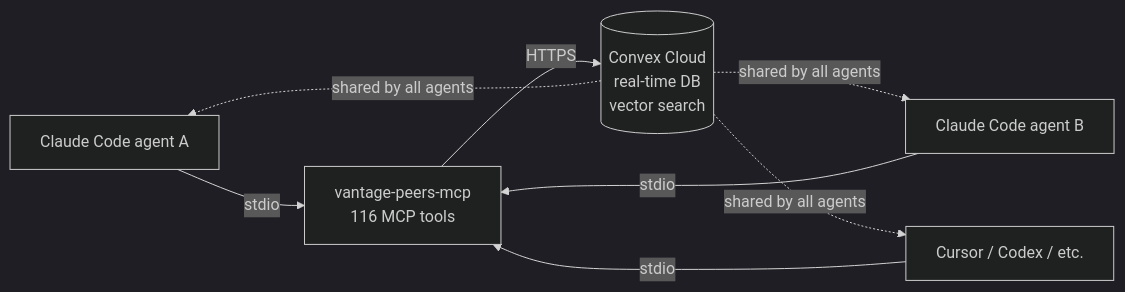
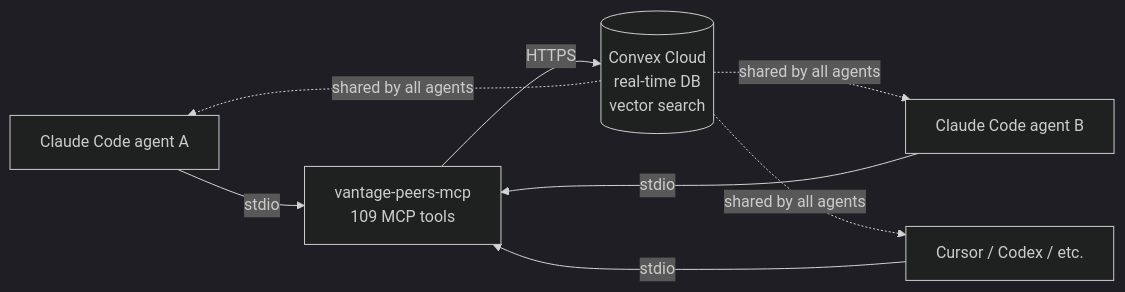
One commit to vantageos-agency/vantage-peers changed the diagram in README.md. Above: the diagram before and after it, drawn with Mermaid (dark theme). The commit also changed other lines of this file and 7 other files, not shown here.

First line of the commit message:
chore(mcp): remove 14 duplicate alias tools, keep fleet-used survivors (S2)

````diff
--- a/README.md
+++ b/README.md
@@ -51,11 +51,11 @@
 ```mermaid
 flowchart LR
     A1[Claude Code agent A] -->|stdio| MCP
     A2[Claude Code agent B] -->|stdio| MCP
     A3[Cursor / Codex / etc.] -->|stdio| MCP
-    MCP[vantage-peers-mcp<br/>116 MCP tools] -->|HTTPS| Convex
+    MCP[vantage-peers-mcp<br/>109 MCP tools] -->|HTTPS| Convex
     Convex[(Convex Cloud<br/>real-time DB<br/>vector search)]
     Convex -.shared by all agents.-> A1
     Convex -.shared by all agents.-> A2
     Convex -.shared by all agents.-> A3
 ```
````
